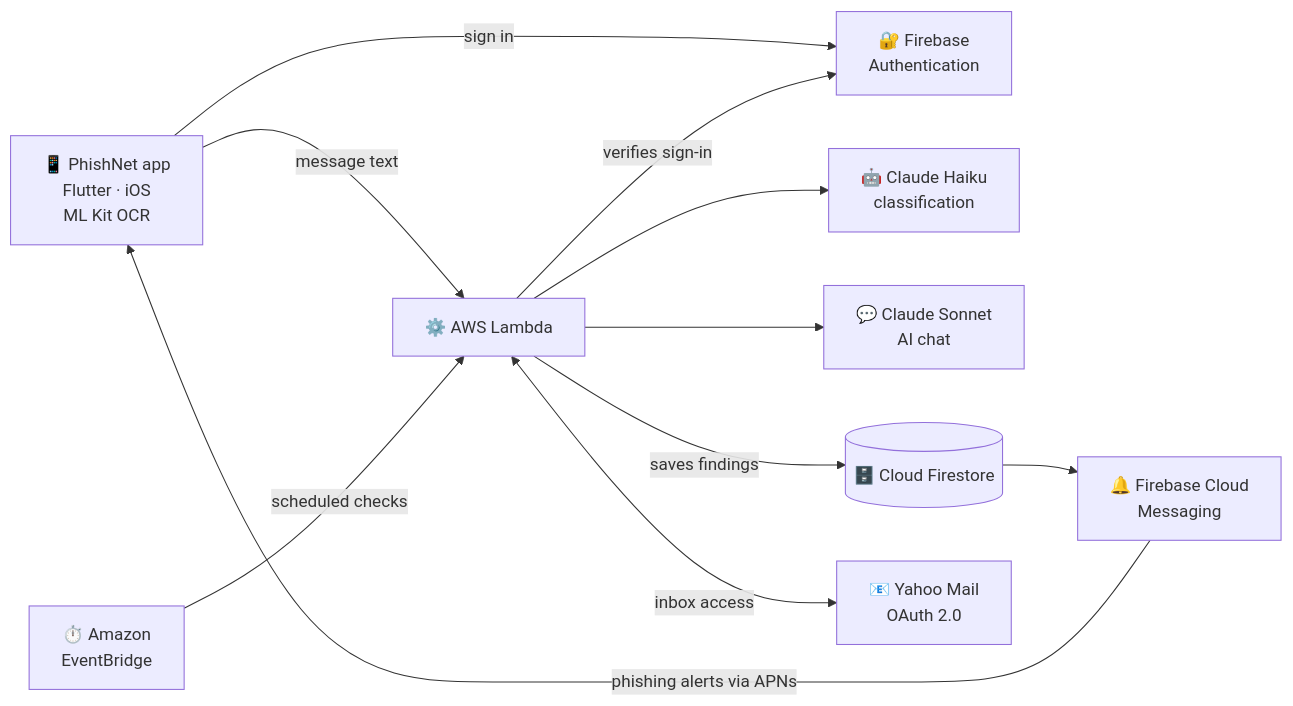
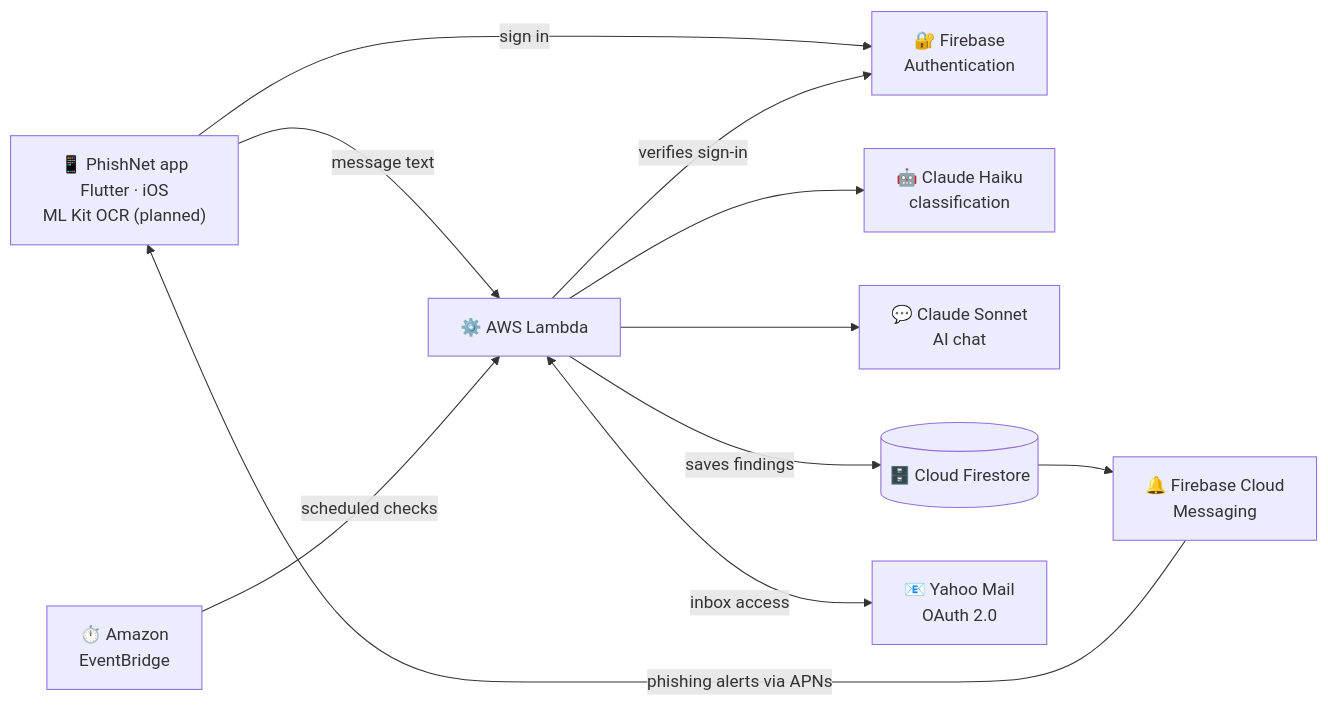
The diagram in README.md (Shiv05-code/PhishNet), drawn with Mermaid before and after one commit. The commit also changed other lines of this file and 2 other files, not shown here.

````diff
--- a/README.md
+++ b/README.md
@@ -150,23 +150,23 @@
 ```mermaid
 flowchart LR
-    App["📱 PhishNet app<br/>Flutter · iOS<br/>ML Kit OCR"]
+    App["📱 PhishNet app<br/>Flutter · iOS<br/>ML Kit OCR (planned)"]
     Auth["🔐 Firebase<br/>Authentication"]
     Lambda["⚙️ AWS Lambda"]
     Haiku["🤖 Claude Haiku<br/>classification"]
     Sonnet["💬 Claude Sonnet<br/>AI chat"]
     DB[("🗄️ Cloud Firestore")]
     FCM["🔔 Firebase Cloud<br/>Messaging"]
     EB["⏱️ Amazon<br/>EventBridge"]
     Yahoo["📧 Yahoo Mail<br/>OAuth 2.0"]
 
     App -->|"sign in"| Auth
     App -->|"message text"| Lambda
     Lambda -->|"verifies sign-in"| Auth
     Lambda --> Haiku
     Lambda --> Sonnet
     Lambda -->|"saves findings"| DB
     EB -->|"scheduled checks"| Lambda
     Lambda <-->|"inbox access"| Yahoo
     DB --> FCM
     FCM -->|"phishing alerts via APNs"| App
 ```
````
